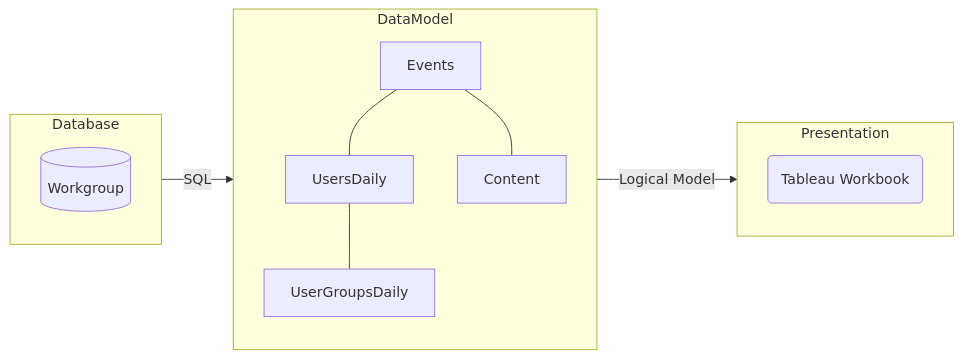
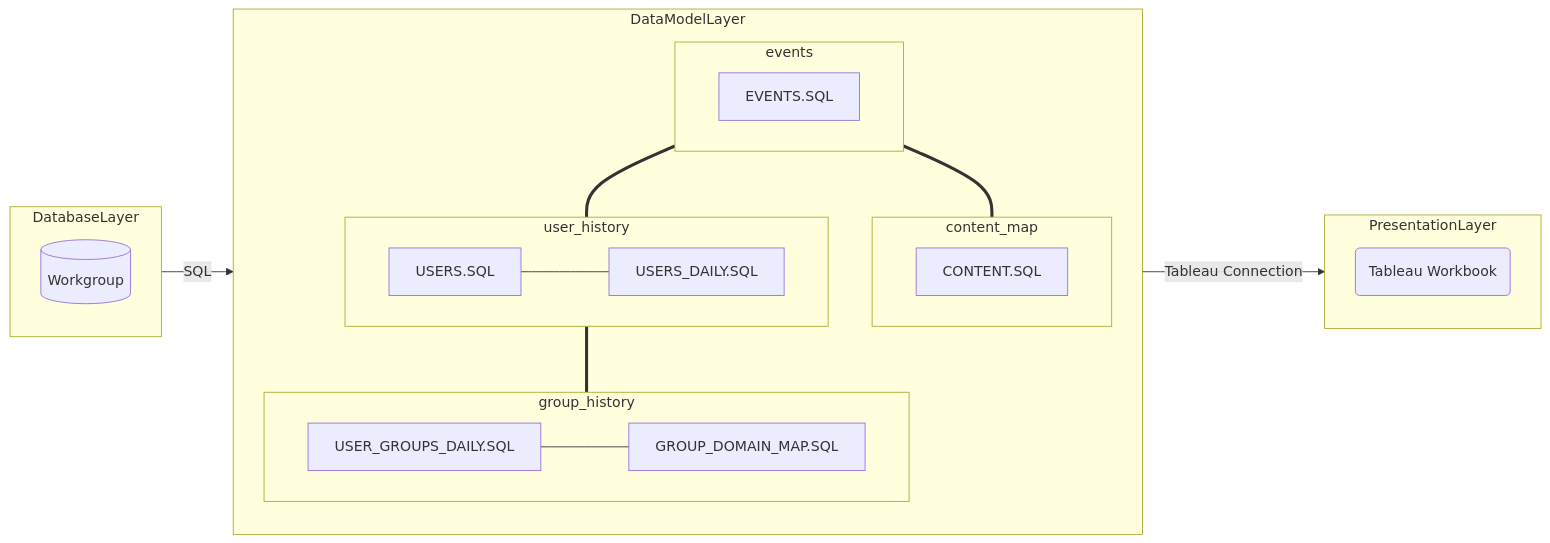
The diagram in README.md (ryanw-data/analytics_insights), drawn with Mermaid before and after one commit. The commit also changed other lines of this file, not shown here.

````diff
--- a/README.md
+++ b/README.md
@@ -51,20 +50,32 @@
 ```mermaid
-flowchart  LR 
-	subgraph Database
+flowchart LR 
+	subgraph DatabaseLayer
 		id[(Workgroup)]
 	end
-	subgraph DataModel
-		Events --- UsersDaily
-		Events --- Content
-		UsersDaily --- UserGroupsDaily
-		click Events "SQL/EVENTS.sql"
-		click UsersDaily "SQL/USERS_DAILY.sql"
-		click UserGroupsDaily "SQL/USER_GROUPS_DAILY.sql"
-		click Content "SQL/CONTENT.sql"
+	subgraph DataModelLayer
+		subgraph events
+		EVENTS.SQL
+		end
+		subgraph content_map
+		CONTENT.SQL
+		end
+		subgraph user_history
+		USERS.SQL
+		USERS_DAILY.SQL
+		USERS.SQL --- USERS_DAILY.SQL
+		end
+		subgraph group_history
+		USER_GROUPS_DAILY.SQL
+		GROUP_DOMAIN_MAP.SQL
+		USER_GROUPS_DAILY.SQL --- GROUP_DOMAIN_MAP.SQL
+		end
+		events === user_history
+		events === content_map
+		user_history === group_history
 	end
-	subgraph Presentation
+	subgraph PresentationLayer
 		id1(Tableau Workbook)
 	end
-Database -->|SQL| DataModel
-DataModel -->|Logical Model| Presentation
+DatabaseLayer -->|SQL| DataModelLayer
+DataModelLayer -->|Tableau Connection| PresentationLayer
 ```
````
